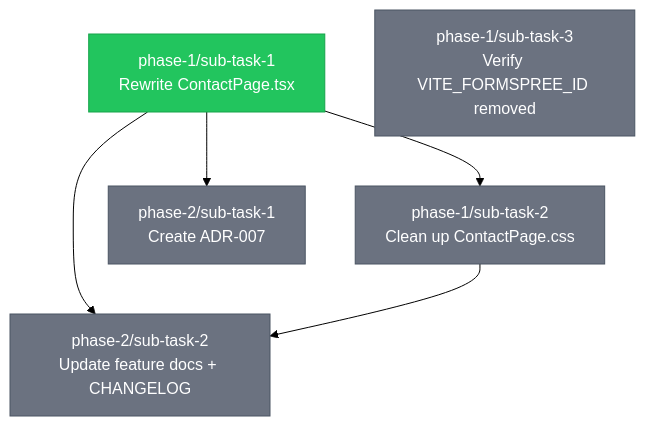
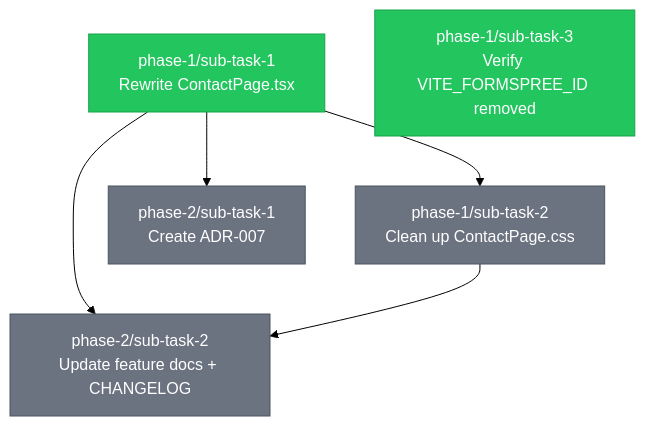
Before and after one commit to Bagwell-Oil-Imaging/late-night-happy-hour-league-site: the diagram in .claude/tasks/TASKS.md, drawn with Mermaid (forest theme). The commit also changed other lines of this file, not shown here.

````diff
--- a/.claude/tasks/TASKS.md
+++ b/.claude/tasks/TASKS.md
@@ -14,29 +14,29 @@
 ```mermaid
 graph TD
     %% Phase 1: Code
     P1T1["phase-1/sub-task-1<br/>Rewrite ContactPage.tsx"]
     P1T2["phase-1/sub-task-2<br/>Clean up ContactPage.css"]
     P1T3["phase-1/sub-task-3<br/>Verify VITE_FORMSPREE_ID removed"]
 
     %% Phase 2: Documentation
     P2T1["phase-2/sub-task-1<br/>Create ADR-007"]
     P2T2["phase-2/sub-task-2<br/>Update feature docs + CHANGELOG"]
 
     %% Dependencies
     P1T1 --> P1T2
     P1T1 --> P2T1
     P1T1 --> P2T2
     P1T2 --> P2T2
 
     %% Status styling
     classDef completed fill:#22c55e,stroke:#16a34a,color:#fff
     classDef inprogress fill:#eab308,stroke:#ca8a04,color:#fff
     classDef pending fill:#6b7280,stroke:#4b5563,color:#fff
     classDef blocked fill:#ef4444,stroke:#dc2626,color:#fff
 
     class P1T1 completed
     class P1T2 pending
-    class P1T3 pending
+    class P1T3 completed
     class P2T1 pending
     class P2T2 pending
 ```
````
